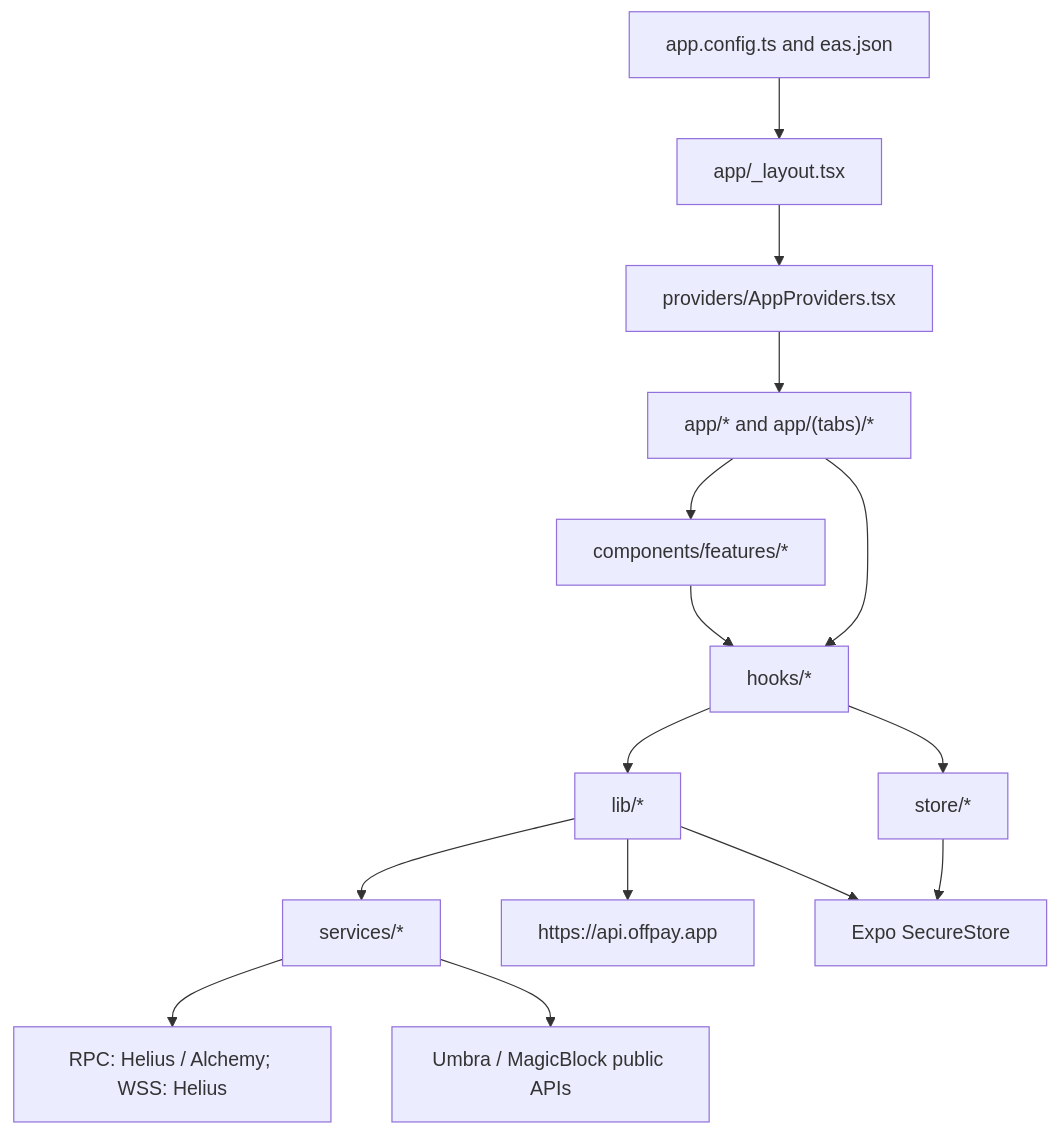
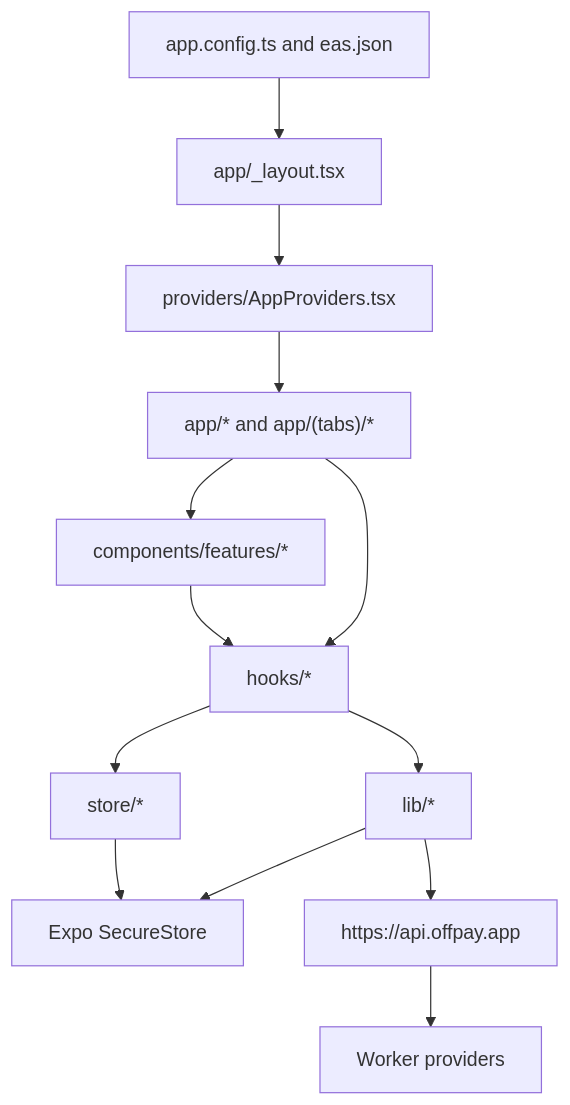
Before and after one commit to OffPay-Wallet/OffPay: the diagram in documentation/README.md, drawn with Mermaid. The commit also changed other lines of this file and 70 other files, not shown here.

First line of the commit message:
feat: centralize OffPay provider APIs in worker

````diff
--- a/documentation/README.md
+++ b/documentation/README.md
@@ -17,28 +17,24 @@
 ```mermaid
 flowchart TB
   Config["app.config.ts and eas.json"]
   Layout["app/_layout.tsx"]
   Providers["providers/AppProviders.tsx"]
   Screens["app/* and app/(tabs)/*"]
   Features["components/features/*"]
   Hooks["hooks/*"]
   Stores["store/*"]
   Lib["lib/*"]
-  ClientBackend["services/*"]
   Backend["https://api.offpay.app"]
-  ProvidersRpc["RPC: Helius / Alchemy; WSS: Helius"]
-  PublicServices["Umbra / MagicBlock public APIs"]
+  ProvidersRpc["Worker providers"]
   SecureStore["Expo SecureStore"]
 
   Config --> Layout --> Providers --> Screens --> Features
   Screens --> Hooks
   Features --> Hooks
   Hooks --> Stores
   Hooks --> Lib
-  Lib --> ClientBackend
   Stores --> SecureStore
   Lib --> SecureStore
-  ClientBackend --> ProvidersRpc
-  ClientBackend --> PublicServices
   Lib --> Backend
+  Backend --> ProvidersRpc
 ```
````
